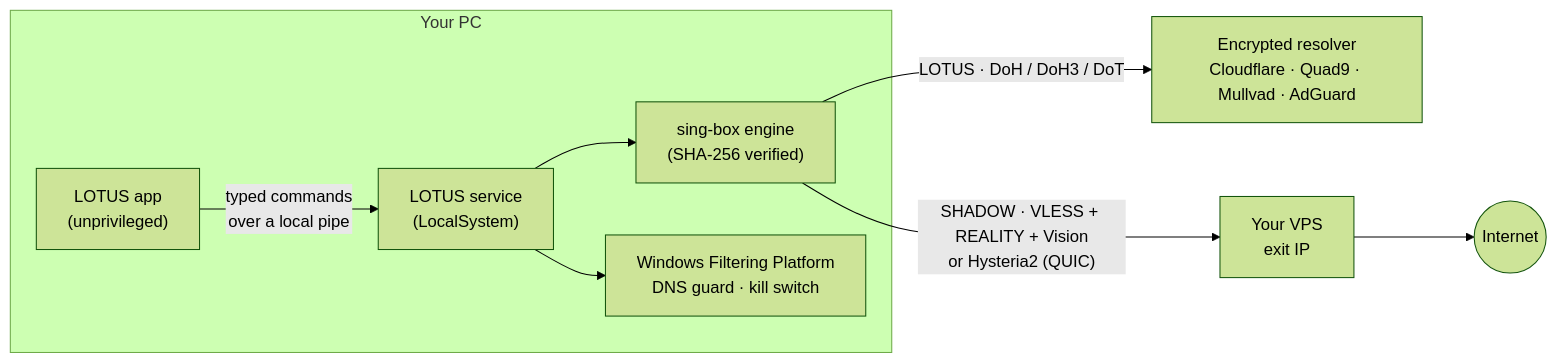
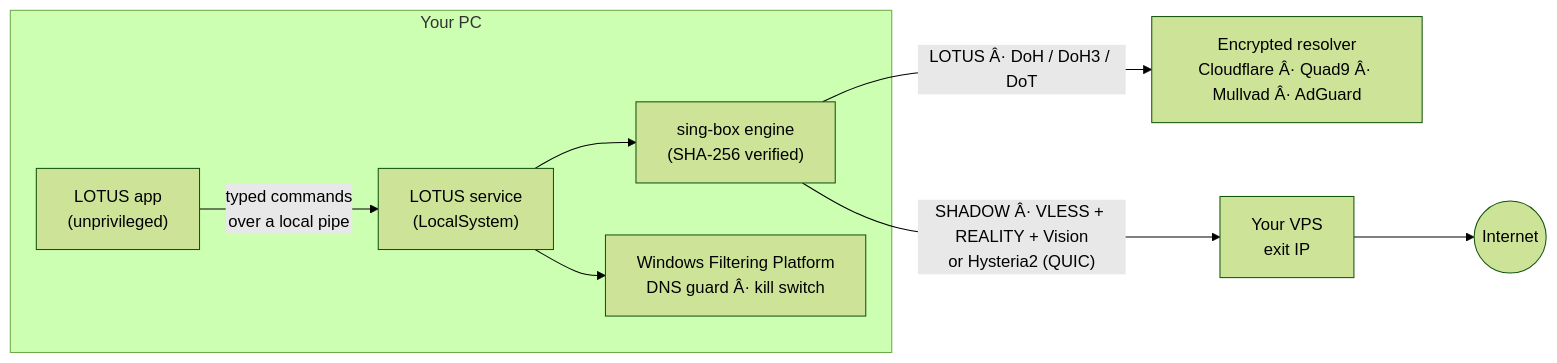
The diagram in README.md (HighSkai/Lotus), drawn with Mermaid (forest theme) before and after one commit. The commit also changed other lines of this file and 10 other files, not shown here.

````diff
--- a/README.md
+++ b/README.md
@@ -62,11 +62,11 @@
 ```mermaid
 flowchart LR
   subgraph PC["Your PC"]
     UI["LOTUS app<br/>(unprivileged)"] -- "typed commands<br/>over a local pipe" --> SVC["LOTUS service<br/>(LocalSystem)"]
     SVC --> ENG["sing-box engine<br/>(SHA-256 verified)"]
-    SVC --> WFP["Windows Filtering Platform<br/>DNS guard · kill switch"]
+    SVC --> WFP["Windows Filtering Platform<br/>DNS guard Â· kill switch"]
   end
-  ENG -- "LOTUS · DoH / DoH3 / DoT" --> DNS["Encrypted resolver<br/>Cloudflare · Quad9 · Mullvad · AdGuard"]
-  ENG -- "SHADOW · VLESS + REALITY + Vision<br/>or Hysteria2 (QUIC)" --> VPS["Your VPS<br/>exit IP"]
+  ENG -- "LOTUS Â· DoH / DoH3 / DoT" --> DNS["Encrypted resolver<br/>Cloudflare Â· Quad9 Â· Mullvad Â· AdGuard"]
+  ENG -- "SHADOW Â· VLESS + REALITY + Vision<br/>or Hysteria2 (QUIC)" --> VPS["Your VPS<br/>exit IP"]
   VPS --> NET(("Internet"))
 ```
````
